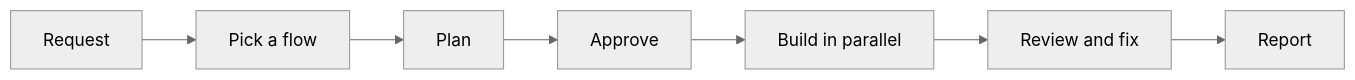
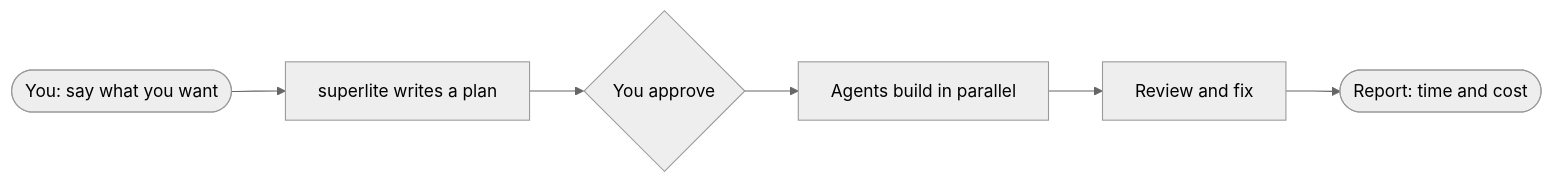
Before and after one commit to iha2/superlite: the diagram in src/content/docs/index.mdx, drawn with Mermaid (neutral theme). The commit also changed other lines of this file and 60 other files, not shown here.

````diff
--- a/src/content/docs/index.mdx
+++ b/src/content/docs/index.mdx
@@ -15,9 +19,8 @@
 ```mermaid
 flowchart LR
-  A[Request] --> B[Pick a flow]
-  B --> C[Plan]
-  C --> D[Approve]
-  D --> E[Build in parallel]
-  E --> F[Review and fix]
-  F --> G[Report]
+  A(["You: say what you want"]) --> B["superlite writes a plan"]
+  B --> C{"You approve"}
+  C --> D["Agents build in parallel"]
+  D --> E["Review and fix"]
+  E --> F(["Report: time and cost"])
 ```
````
